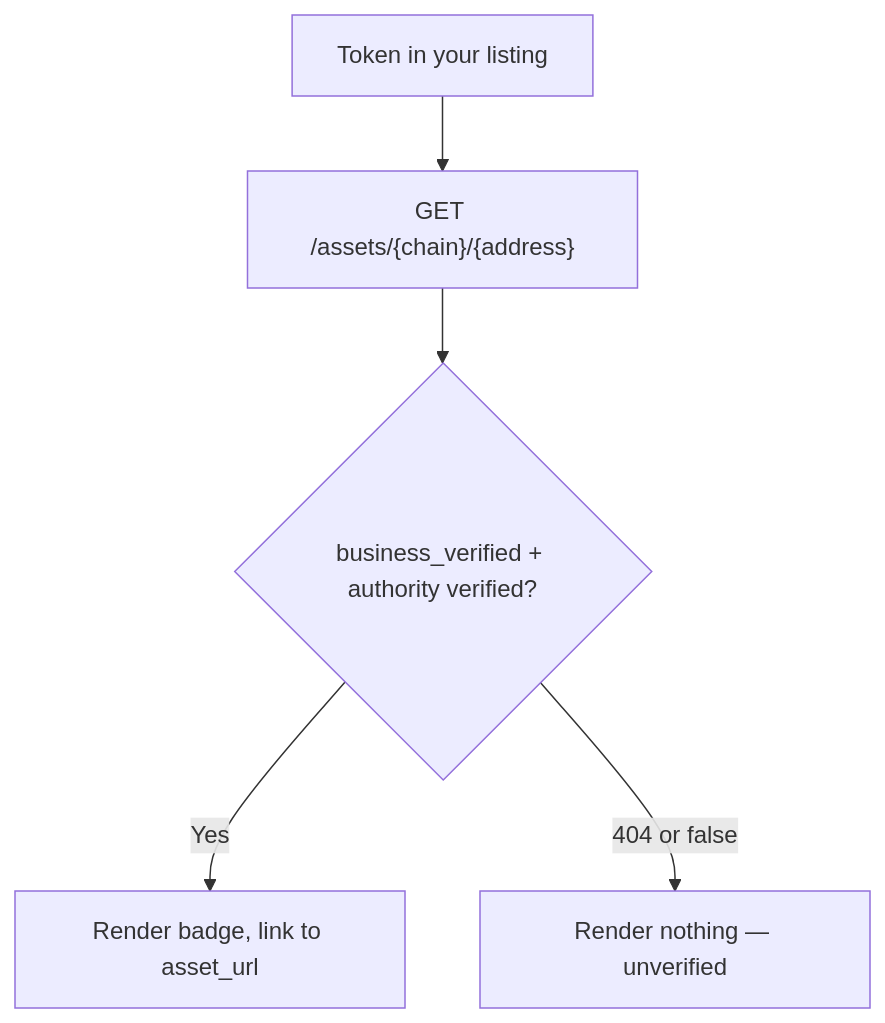
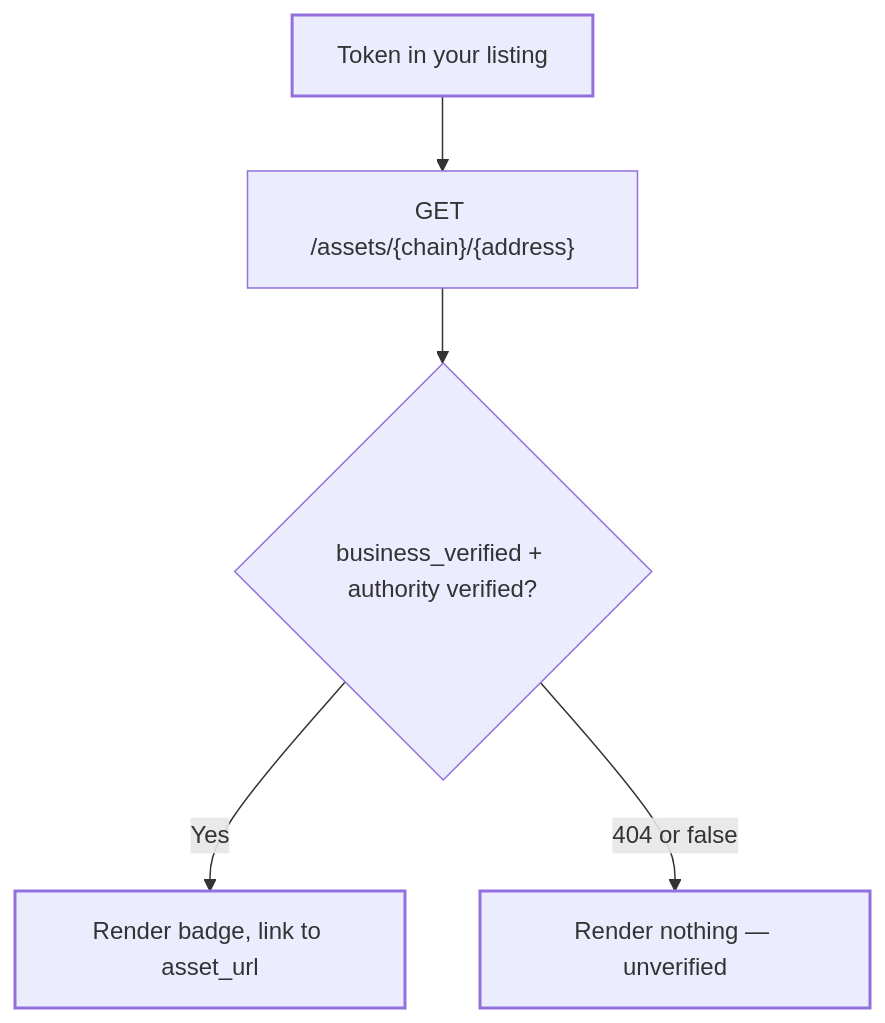
The diagram in api/public/badge-recipe.mdx (blupryntco/docs), drawn with Mermaid before and after one commit. The commit also changed 54 other files, not shown here.

Commit message:
Diagrams in site palette with dark mode; Developers overview for SDK + both APIs

````diff
--- a/api/public/badge-recipe.mdx
+++ b/api/public/badge-recipe.mdx
@@ -19,7 +19,11 @@
 ```mermaid
 flowchart TD
     A["Token in your listing"] --> B["GET /assets/{chain}/{address}"]
     B --> C{"business_verified + authority verified?"}
     C -->|"Yes"| D["Render badge, link to asset_url"]
     C -->|"404 or false"| E["Render nothing — unverified"]
+classDef start stroke-width:2px
+classDef done stroke-width:2px
+class A start
+class D,E done
 ```
````
